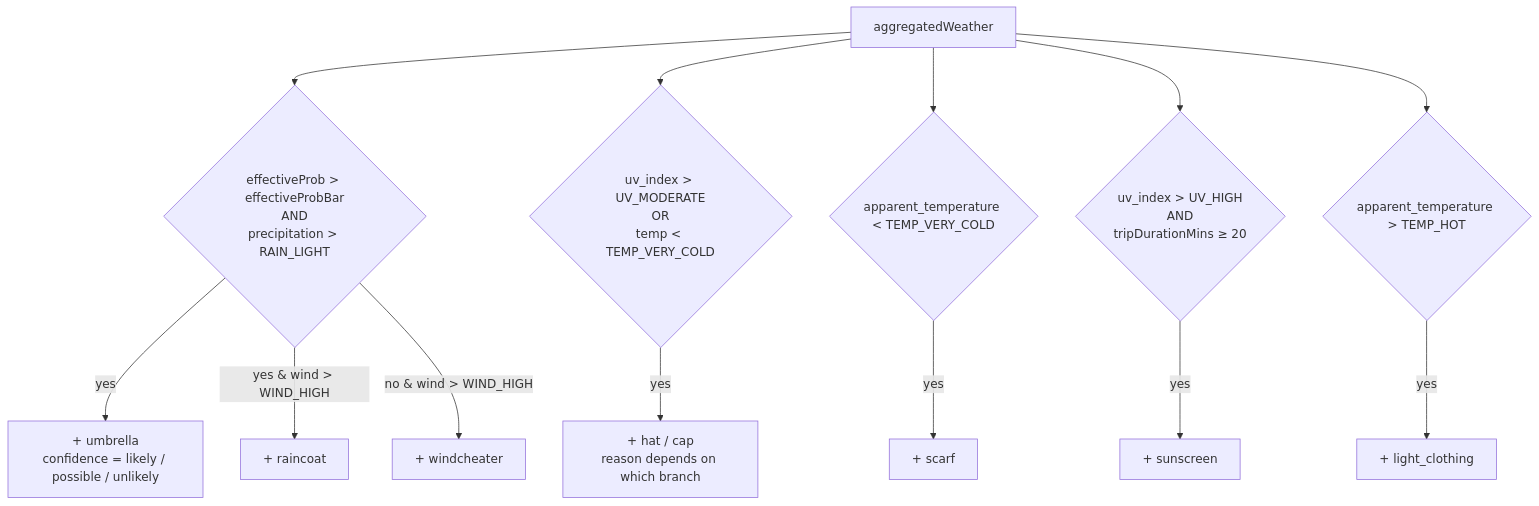
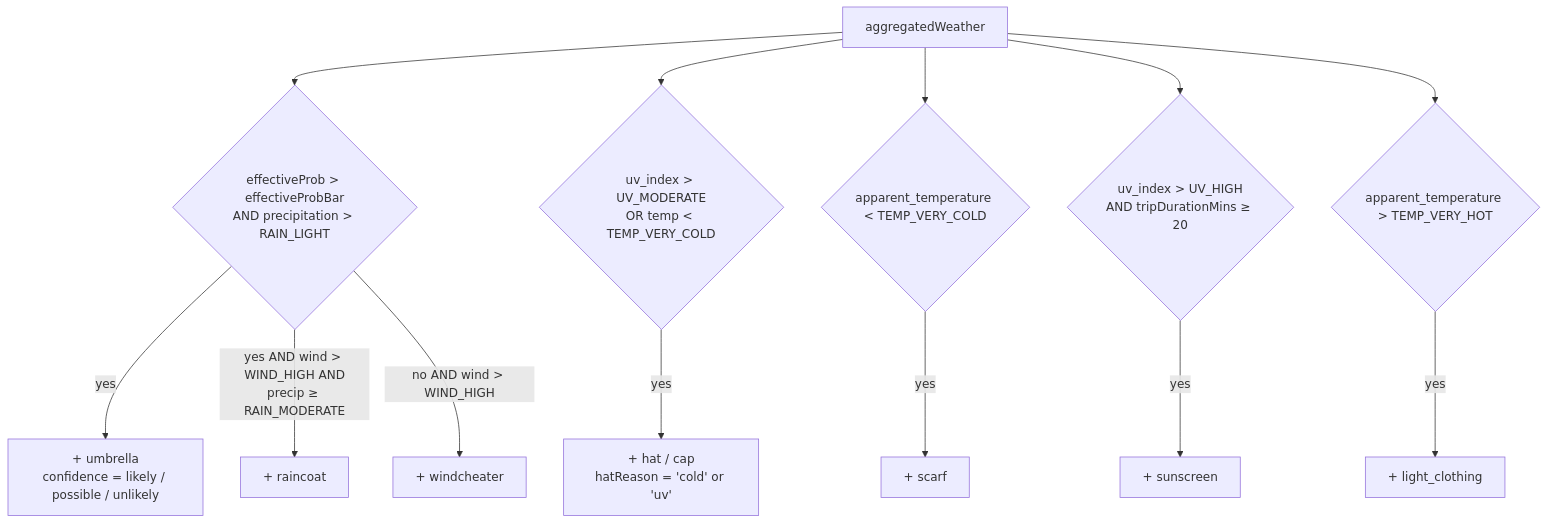
One commit to meetsaiya/weather changed the sixth of 7 diagrams in docs/ALGORITHM_FLOW.md. Above: the diagram before and after it, drawn with Mermaid. The commit also changed other lines of this file and 2 other files, not shown here.

````diff
--- a/docs/ALGORITHM_FLOW.md
+++ b/docs/ALGORITHM_FLOW.md
@@ -153,15 +162,15 @@
 ```mermaid
 flowchart TD
-  AGG[aggregatedWeather] --> RAINGATE{effectiveProb &gt; effectiveProbBar<br/>AND<br/>precipitation &gt; RAIN_LIGHT}
+  AGG[aggregatedWeather] --> RAINGATE{effectiveProb &gt; effectiveProbBar<br/>AND precipitation &gt; RAIN_LIGHT}
   RAINGATE -->|yes| UMB[+ umbrella<br/>confidence = likely / possible / unlikely]
-  RAINGATE -->|yes & wind &gt; WIND_HIGH| RAIN[+ raincoat]
-  RAINGATE -->|no & wind &gt; WIND_HIGH| WIND[+ windcheater]
-  AGG --> UVH{uv_index &gt; UV_MODERATE<br/>OR<br/>temp &lt; TEMP_VERY_COLD}
-  UVH -->|yes| HAT[+ hat / cap<br/>reason depends on which branch]
+  RAINGATE -->|yes AND wind &gt; WIND_HIGH AND<br/>precip ≥ RAIN_MODERATE| RAIN[+ raincoat]
+  RAINGATE -->|no AND wind &gt; WIND_HIGH| WIND[+ windcheater]
+  AGG --> UVH{uv_index &gt; UV_MODERATE<br/>OR temp &lt; TEMP_VERY_COLD}
+  UVH -->|yes| HAT[+ hat / cap<br/>hatReason = 'cold' or 'uv']
   AGG --> COLD{apparent_temperature &lt; TEMP_VERY_COLD}
   COLD -->|yes| SCARF[+ scarf]
-  AGG --> SUN{uv_index &gt; UV_HIGH<br/>AND<br/>tripDurationMins ≥ 20}
+  AGG --> SUN{uv_index &gt; UV_HIGH<br/>AND tripDurationMins ≥ 20}
   SUN -->|yes| SUNSCREEN[+ sunscreen]
-  AGG --> HOT{apparent_temperature &gt; TEMP_HOT}
+  AGG --> HOT{apparent_temperature &gt; TEMP_VERY_HOT}
   HOT -->|yes| LIGHT[+ light_clothing]
 ```
````
